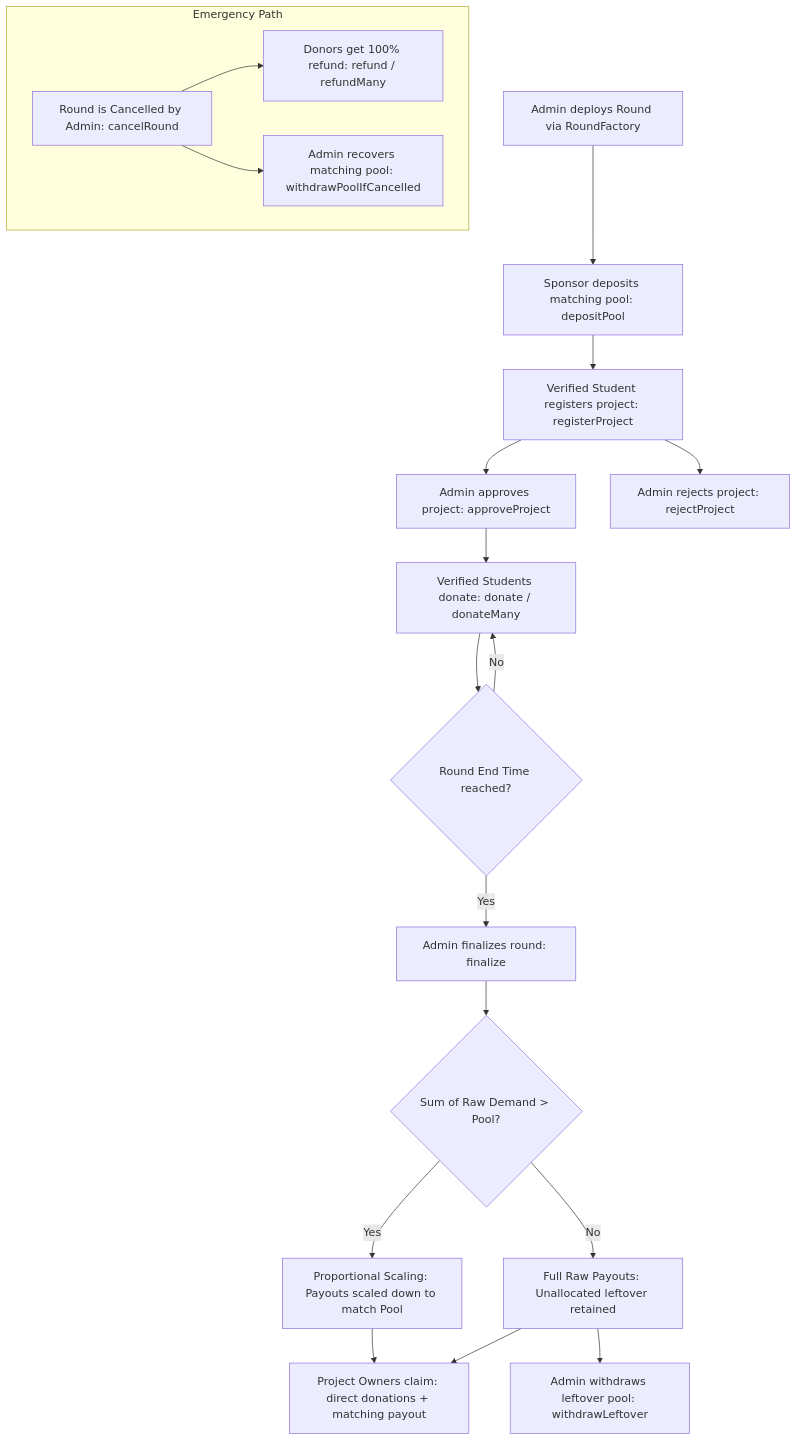
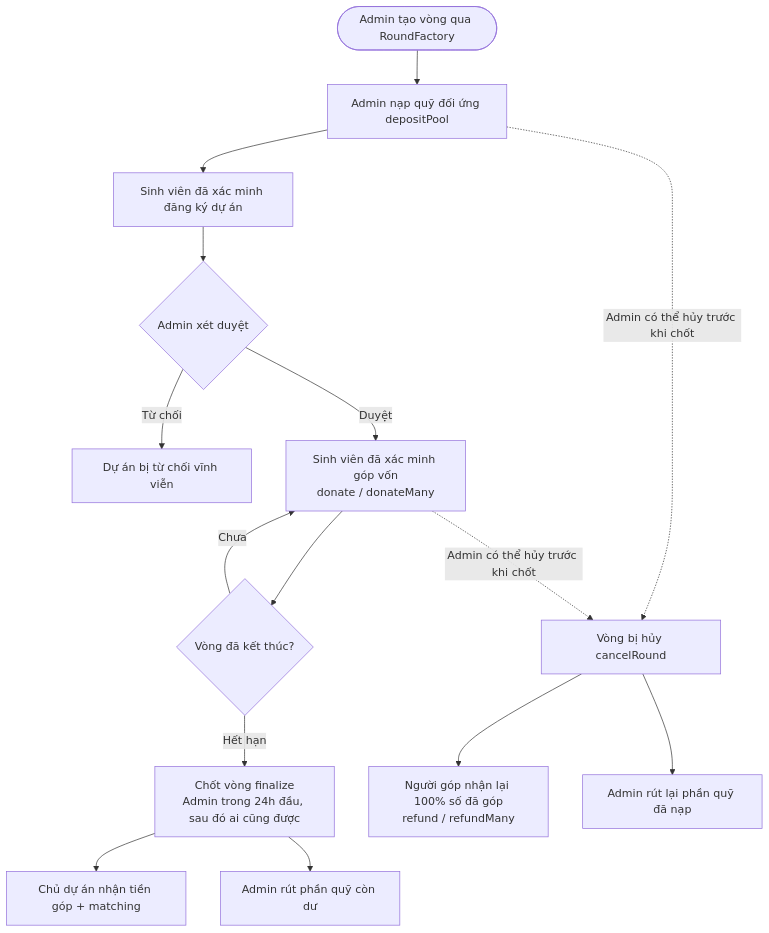
The second of 2 diagrams in README.md (hlbaot/SqrtFund), drawn with Mermaid before and after one commit. The commit also changed other lines of this file, not shown here.

Commit message:
docs: update project documentation in README.md

````diff
--- a/README.md
+++ b/README.md
@@ -139,22 +94,20 @@
 ```mermaid
 flowchart TD
-    A[Admin deploys Round via RoundFactory] --> B[Sponsor deposits matching pool: depositPool]
-    B --> C[Verified Student registers project: registerProject]
-    C --> D[Admin approves project: approveProject]
-    C --> R[Admin rejects project: rejectProject]
-    D --> E[Verified Students donate: donate / donateMany]
-    E --> F{Round End Time reached?}
-    F -- No --> E
-    F -- Yes --> G[Admin finalizes round: finalize]
-    G --> H{Sum of Raw Demand > Pool?}
-    H -- Yes --> I[Proportional Scaling: Payouts scaled down to match Pool]
-    H -- No --> J[Full Raw Payouts: Unallocated leftover retained]
-    I --> K[Project Owners claim: direct donations + matching payout]
-    J --> K
-    J --> L[Admin withdraws leftover pool: withdrawLeftover]
+    A([Admin tạo vòng qua RoundFactory]) --> B[Admin nạp quỹ đối ứng depositPool]
+    B --> C[Sinh viên đã xác minh đăng ký dự án]
+    C --> D{Admin xét duyệt}
+    D -- Từ chối --> E[Dự án bị từ chối vĩnh viễn]
+    D -- Duyệt --> F[Sinh viên đã xác minh góp vốn<br/>donate / donateMany]
 
-    subgraph Emergency Path
-    M[Round is Cancelled by Admin: cancelRound] --> N[Donors get 100% refund: refund / refundMany]
-    M --> O[Admin recovers matching pool: withdrawPoolIfCancelled]
-    end
+    F --> G{Vòng đã kết thúc?}
+    G -- Chưa --> F
+    G -- Hết hạn --> H[Chốt vòng finalize<br/>Admin trong 24h đầu, sau đó ai cũng được]
+    
+    H --> I[Chủ dự án nhận tiền góp + matching]
+    H --> J[Admin rút phần quỹ còn dư]
+
+    B -. Admin có thể hủy trước khi chốt .-> K[Vòng bị hủy cancelRound]
+    F -. Admin có thể hủy trước khi chốt .-> K
+    K --> L[Người góp nhận lại 100% số đã góp<br/>refund / refundMany]
+    K --> M[Admin rút lại phần quỹ đã nạp]
 ```
````
